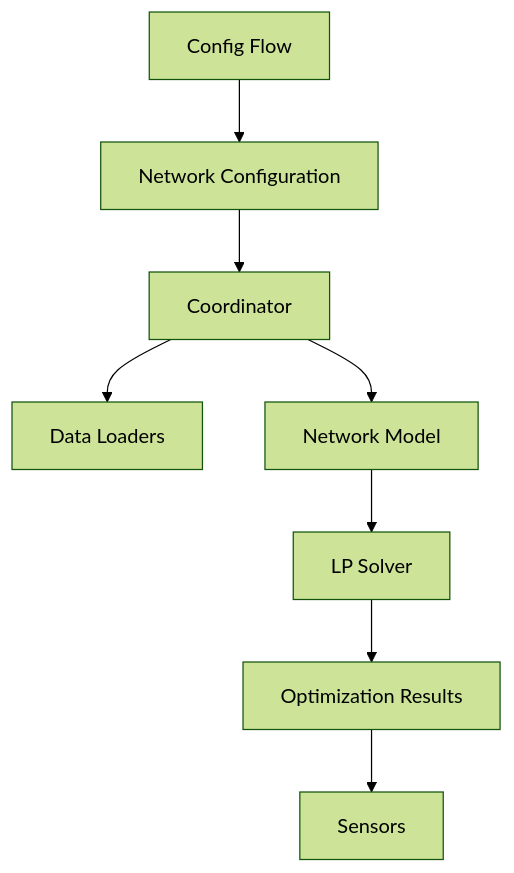
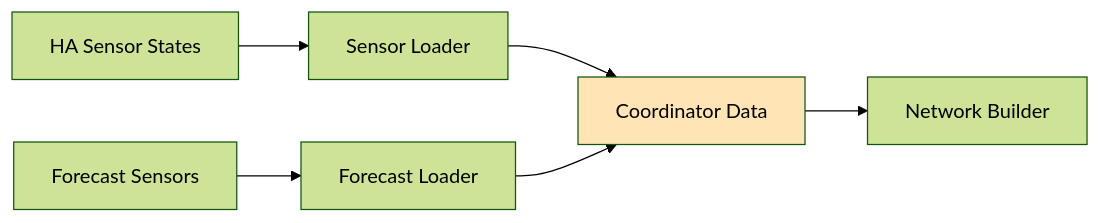
The second of 5 diagrams in docs/developer-guide/architecture.md (hass-energy/haeo), drawn with Mermaid (forest theme) before and after one commit. The commit also changed other lines of this file and 3 other files, not shown here.

````diff
--- a/docs/developer-guide/architecture.md
+++ b/docs/developer-guide/architecture.md
@@ -7,10 +158,12 @@
 ```mermaid
-graph TD
-    A[Config Flow] --> B[Network Configuration]
-    B --> C[Coordinator]
-    C --> D[Data Loaders]
-    C --> E[Network Model]
-    E --> F[LP Solver]
-    F --> G[Optimization Results]
-    G --> H[Sensors]
+graph LR
+    A[HA Sensor States] --> B[Sensor Loader]
+    C[Forecast Sensors] --> D[Forecast Loader]
+
+    B --> E[Coordinator Data]
+    D --> E
+
+    E --> F[Network Builder]
+
+    style E fill:#FFE4B5
 ```
````
